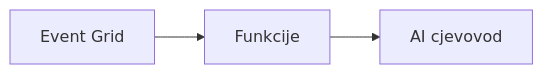
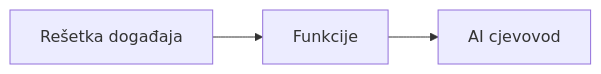
Before and after one commit to microsoft/AZD-for-beginners: the second of 2 diagrams in translations/hr/docs/chapter-08-production/README.md, drawn with Mermaid. The commit also changed other lines of this file and 3 other files, not shown here.

````diff
--- a/translations/hr/docs/chapter-08-production/README.md
+++ b/translations/hr/docs/chapter-08-production/README.md
@@ -57,4 +57,4 @@
 ```mermaid
 graph LR
-    EventGrid[Event Grid] --> Functions[Funkcije] --> Pipeline[AI cjevovod]
+    EventGrid[Rešetka događaja] --> Functions[Funkcije] --> Pipeline[AI cjevovod]
 ```
````
